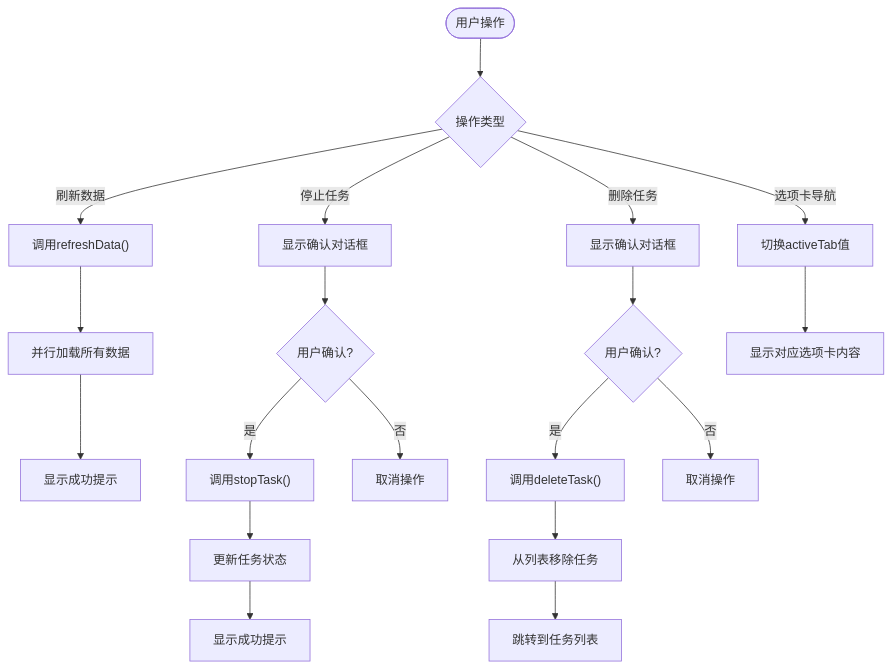
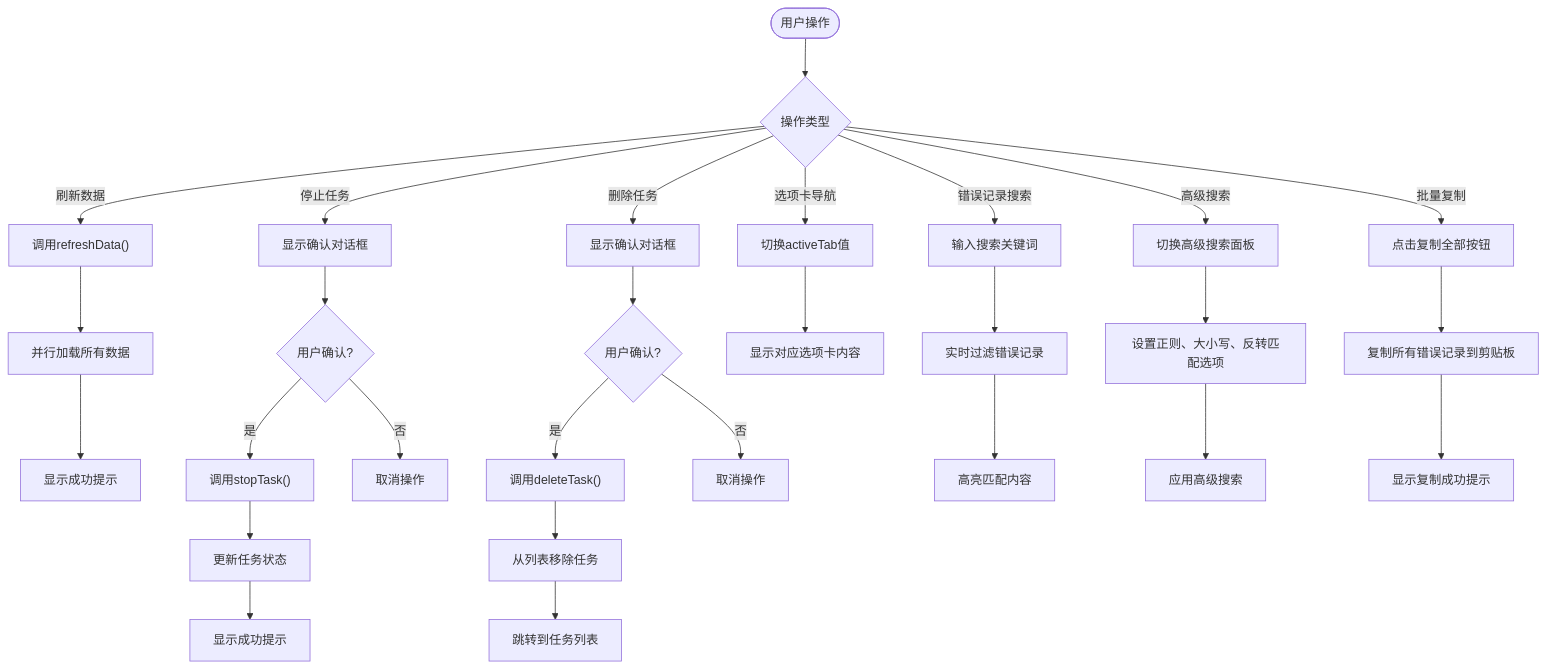
The eighth of 8 diagrams in .qoder/repowiki/zh/content/任务详情页/任务详情页.md (GitHubNull/sqlmapWebUI), drawn with Mermaid before and after one commit. The commit also changed other lines of this file and 5 other files, not shown here.

````diff
--- a/.qoder/repowiki/zh/content/任务详情页/任务详情页.md
+++ b/.qoder/repowiki/zh/content/任务详情页/任务详情页.md
@@ -306,21 +324,30 @@
 ```mermaid
 flowchart TD
 A([用户操作]) --> B{操作类型}
 B --> |刷新数据| C["调用refreshData()"]
 C --> D["并行加载所有数据"]
 D --> E["显示成功提示"]
 B --> |停止任务| F["显示确认对话框"]
 F --> G{用户确认?}
 G --> |是| H["调用stopTask()"]
 H --> I["更新任务状态"]
 I --> J["显示成功提示"]
 G --> |否| K["取消操作"]
 B --> |删除任务| L["显示确认对话框"]
 L --> M{用户确认?}
 M --> |是| N["调用deleteTask()"]
 N --> O["从列表移除任务"]
 O --> P["跳转到任务列表"]
 M --> |否| Q["取消操作"]
 B --> |选项卡导航| R["切换activeTab值"]
 R --> S["显示对应选项卡内容"]
+B --> |错误记录搜索| T["输入搜索关键词"]
+T --> U["实时过滤错误记录"]
+U --> V["高亮匹配内容"]
+B --> |高级搜索| W["切换高级搜索面板"]
+W --> X["设置正则、大小写、反转匹配选项"]
+X --> Y["应用高级搜索"]
+B --> |批量复制| Z["点击复制全部按钮"]
+Z --> AA["复制所有错误记录到剪贴板"]
+AA --> AB["显示复制成功提示"]
 ```
````
